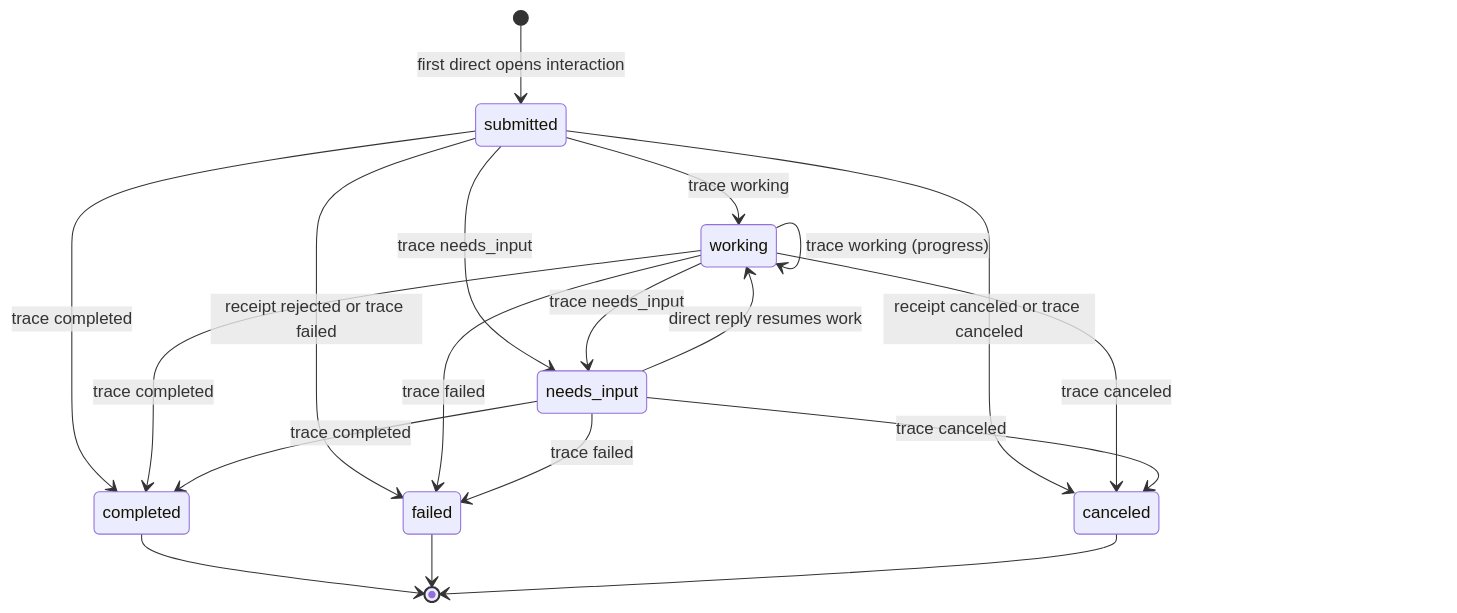
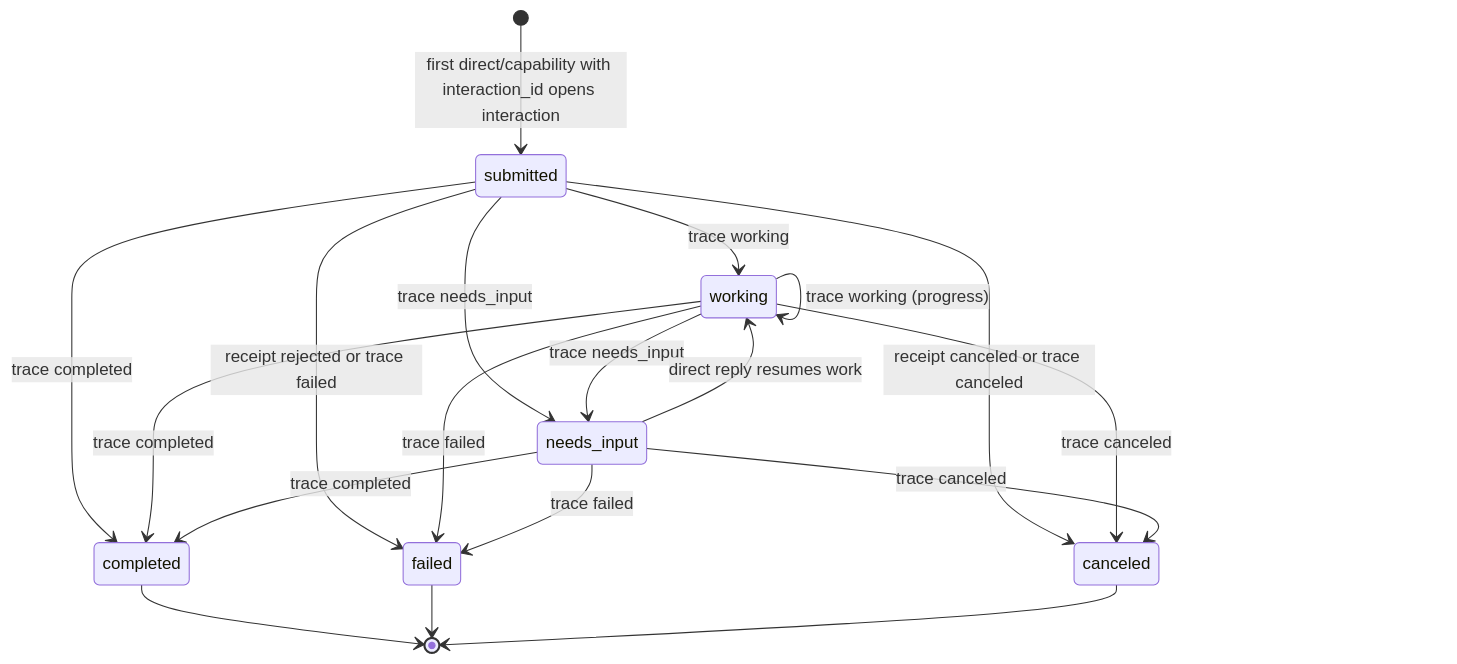
The third of 7 diagrams in docs/rfcs/003_agh-network-v0.md (compozy/agh), drawn with Mermaid before and after one commit. The commit also changed other lines of this file and 756 other files, not shown here.

````diff
--- a/docs/rfcs/003_agh-network-v0.md
+++ b/docs/rfcs/003_agh-network-v0.md
@@ -343,25 +353,25 @@
 ```mermaid
 stateDiagram-v2
-    [*] --> submitted : first direct opens interaction
+    [*] --> submitted : first direct/capability with interaction_id opens interaction
 
     submitted --> working : trace working
     submitted --> needs_input : trace needs_input
     submitted --> completed : trace completed
     submitted --> failed : receipt rejected or trace failed
     submitted --> canceled : receipt canceled or trace canceled
 
     working --> working : trace working (progress)
     working --> needs_input : trace needs_input
     working --> completed : trace completed
     working --> failed : trace failed
     working --> canceled : trace canceled
 
     needs_input --> working : direct reply resumes work
     needs_input --> completed : trace completed
     needs_input --> failed : trace failed
     needs_input --> canceled : trace canceled
 
     completed --> [*]
     failed --> [*]
     canceled --> [*]
 ```
````
